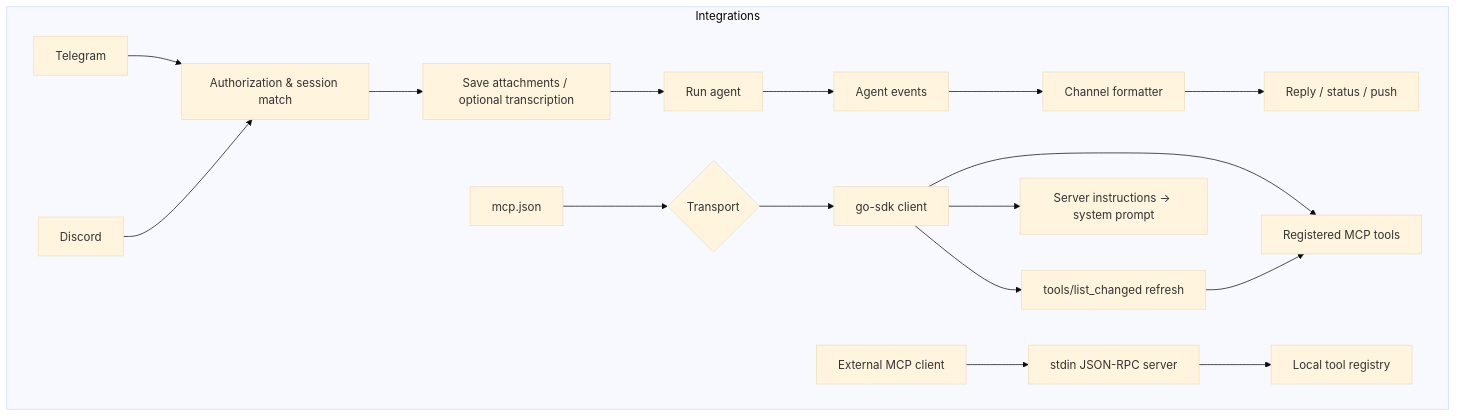
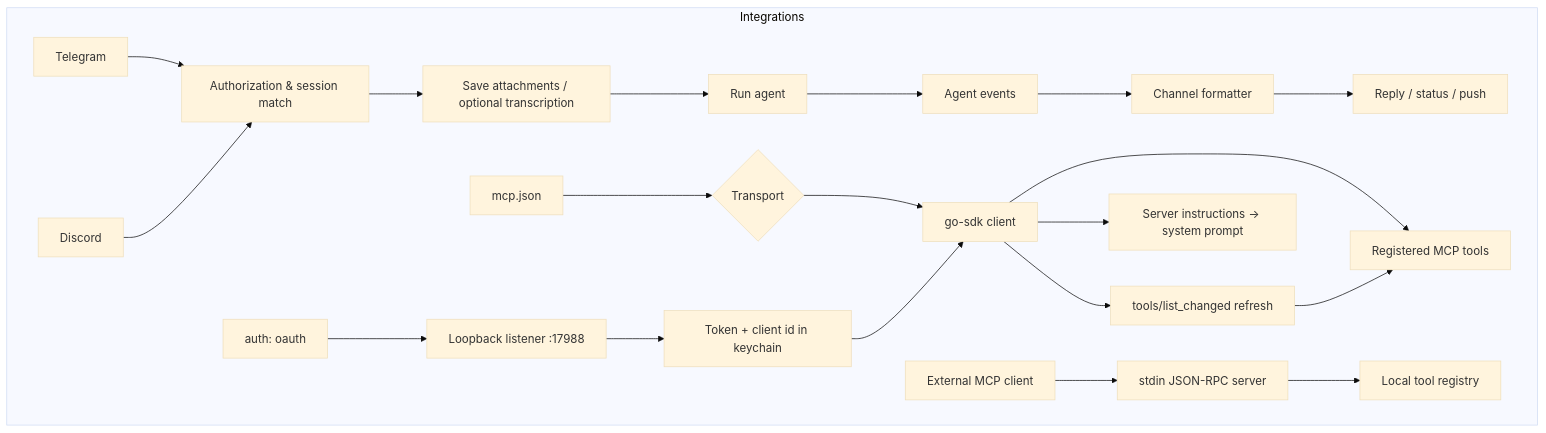
The ninth of 12 diagrams in doc/architecture.md (agenvoy/Agenvoy), drawn with Mermaid (base theme) before and after one commit. The commit also changed other lines of this file and 3 other files, not shown here.

Commit message:
doc: Update architecture and API documentation

````diff
--- a/doc/architecture.md
+++ b/doc/architecture.md
@@ -185,21 +182,24 @@
 ```mermaid
 graph TB
     subgraph Integrations[Integrations]
         Telegram[Telegram] --> Auth[Authorization & session match]
         Discord[Discord] --> Auth
         Auth --> Attachments[Save attachments / optional transcription]
         Attachments --> ChatRun[Run agent]
         ChatRun --> Events[Agent events]
         Events --> Format[Channel formatter]
         Format --> Reply[Reply / status / push]
 
         MCPConfig[mcp.json] --> Transport{Transport}
         Transport --> SDKClient[go-sdk client]
         SDKClient --> MCPTools[Registered MCP tools]
         SDKClient --> Refresh[tools/list_changed refresh]
         Refresh --> MCPTools
         SDKClient --> Instructions[Server instructions → system prompt]
+        OAuth[auth: oauth] --> Callback[Loopback listener :17988]
+        Callback --> Token[Token + client id in keychain]
+        Token --> SDKClient
         ExternalClient[External MCP client] --> LocalMCP[stdin JSON-RPC server]
         LocalMCP --> Tools[Local tool registry]
     end
 ```
````
